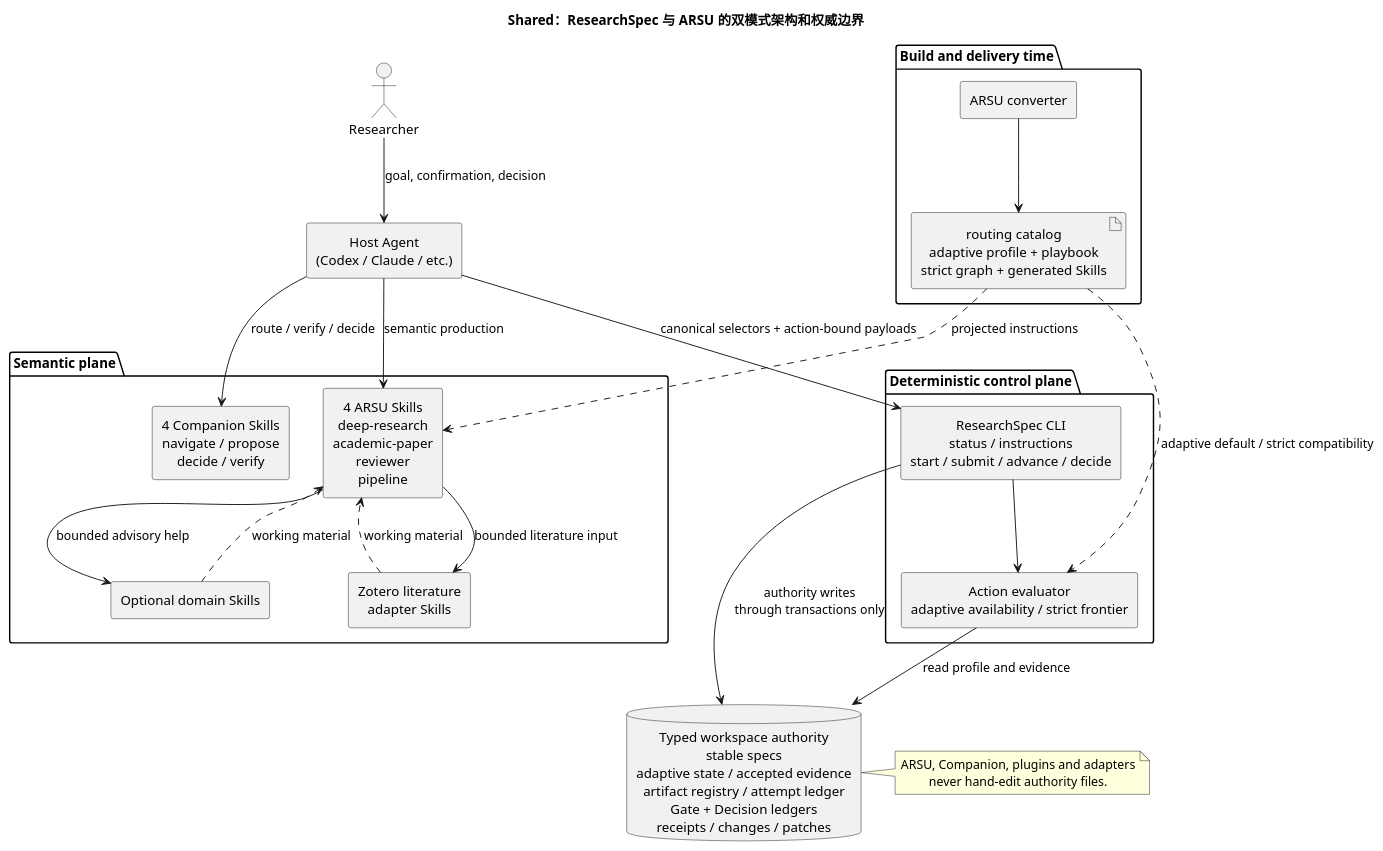
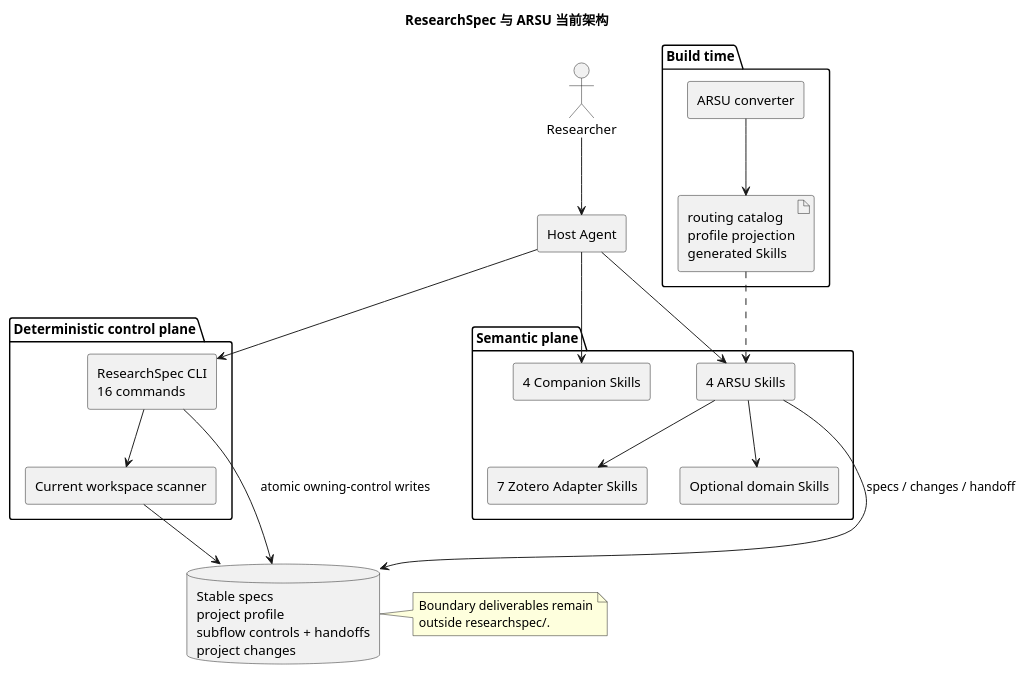
One commit to leike0813/ResearchSpec changed the diagram in docs/researchspec_arsu_runtime/diagrams/src/system-architecture.puml. Above: the diagram before and after it, drawn with PlantUML. The commit also changed 89 other files, not shown here.

```diff
--- a/docs/researchspec_arsu_runtime/diagrams/src/system-architecture.puml
+++ b/docs/researchspec_arsu_runtime/diagrams/src/system-architecture.puml
@@ -1,48 +1,38 @@
 @startuml
-title Shared：ResearchSpec 与 ARSU 的双模式架构和权威边界
+title ResearchSpec 与 ARSU 当前架构
 skinparam componentStyle rectangle
 skinparam shadowing false
-skinparam defaultTextAlignment center
-
-actor "Researcher" as User
-rectangle "Host Agent\n(Codex / Claude / etc.)" as Host
-
+actor Researcher
+rectangle "Host Agent" as Host
 package "Semantic plane" {
-  component "4 ARSU Skills\ndeep-research\nacademic-paper\nreviewer\npipeline" as ARSU
-  component "4 Companion Skills\nnavigate / propose\ndecide / verify" as Companion
-  component "Optional domain Skills" as Plugin
-  component "Zotero literature\nadapter Skills" as Zotero
+  component "4 ARSU Skills" as ARSU
+  component "4 Companion Skills" as Companion
+  component "7 Zotero Adapter Skills" as Zotero
+  component "Optional domain Skills" as Plugins
 }
-
 package "Deterministic control plane" {
-  component "ResearchSpec CLI\nstatus / instructions\nstart / submit / advance / decide" as CLI
-  component "Action evaluator\nadaptive availability / strict frontier" as Eval
+  component "ResearchSpec CLI\n16 commands" as CLI
+  component "Current workspace scanner" as Scanner
 }
-
-database "Typed workspace authority\nstable specs\nadaptive state / accepted evidence\nartifact registry / attempt ledger\nGate + Decision ledgers\nreceipts / changes / patches" as Files
-
-package "Build and delivery time" {
+database "Stable specs\nproject profile\nsubflow controls + handoffs\nproject changes" as Files
+package "Build time" {
   component "ARSU converter" as Converter
-  artifact "routing catalog\nadaptive profile + playbook\nstrict graph + generated Skills" as Catalog
+  artifact "routing catalog\nprofile projection\ngenerated Skills" as Projection
 }
-
-User --> Host : goal, confirmation, decision
-Host --> Companion : route / verify / decide
-Host --> ARSU : semantic production
-ARSU --> Plugin : bounded advisory help
-ARSU --> Zotero : bounded literature input
-Host --> CLI : canonical selectors + action-bound payloads
-CLI --> Eval
-Eval --> Files : read profile and evidence
-CLI --> Files : authority writes\nthrough transactions only
-Plugin ..> ARSU : working material
-Zotero ..> ARSU : working material
-Converter --> Catalog
-Catalog ..> ARSU : projected instructions
-Catalog ..> Eval : adaptive default / strict compatibility
-
+Researcher --> Host
+Host --> ARSU
+Host --> Companion
+ARSU --> Zotero
+ARSU --> Plugins
+Host --> CLI
+CLI --> Scanner
+Scanner --> Files
+CLI --> Files : atomic owning-control writes
+ARSU --> Files : specs / changes / handoff
+Converter --> Projection
+Projection ..> ARSU
 note right of Files
-  ARSU, Companion, plugins and adapters
-  never hand-edit authority files.
+  Boundary deliverables remain
+  outside researchspec/.
 end note
 @enduml
```
